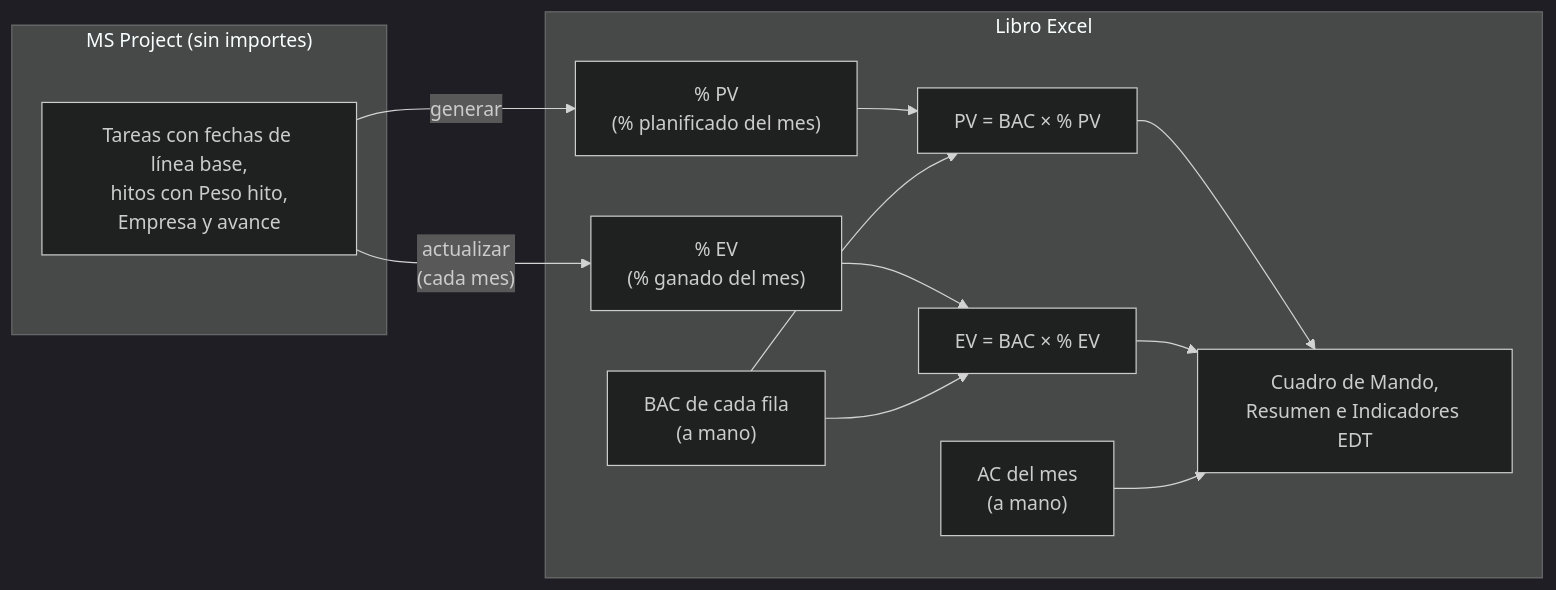
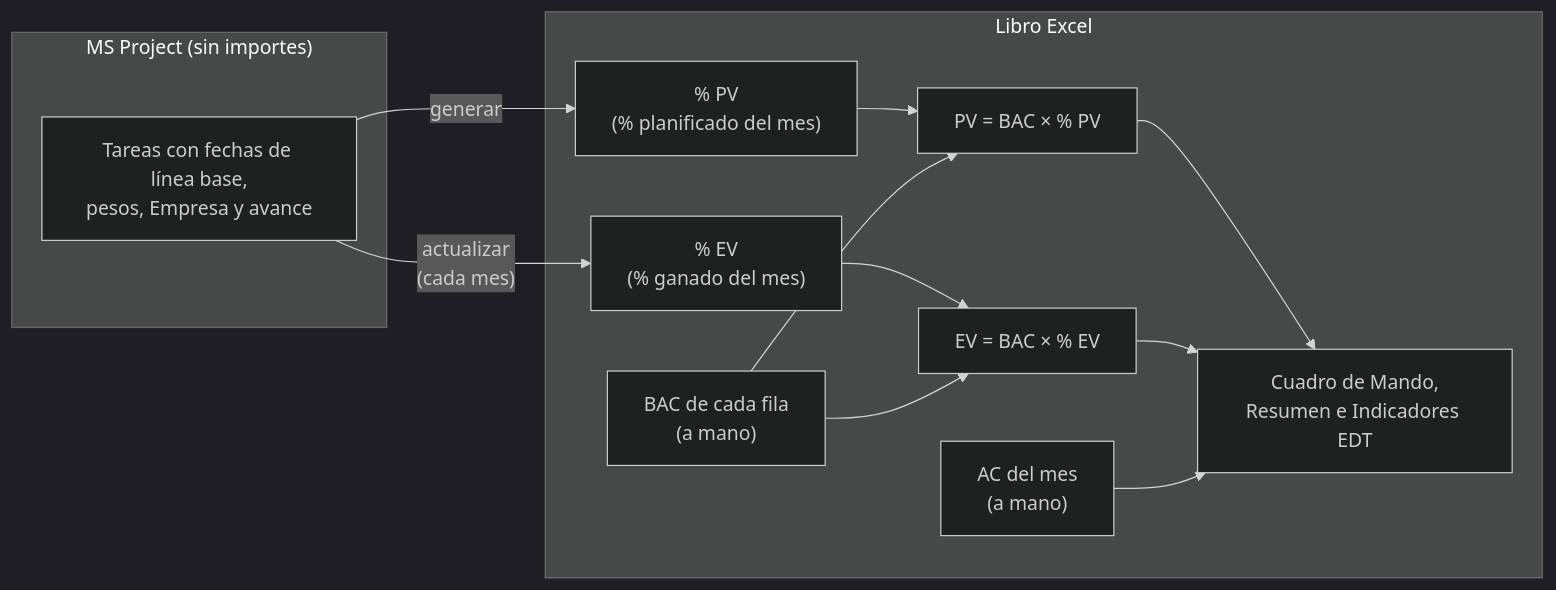
Before and after one commit to MarceloSalazar/evm-automation: the first of 4 diagrams in docs/calculo-pv-ev.md, drawn with Mermaid (dark theme). The commit also changed other lines of this file and 23 other files, not shown here.

````diff
--- a/docs/calculo-pv-ev.md
+++ b/docs/calculo-pv-ev.md
@@ -38,15 +38,15 @@
 ```mermaid
 flowchart LR
     subgraph MSP["MS Project (sin importes)"]
-        T["Tareas con fechas de línea base,<br/>hitos con Peso hito,<br/>Empresa y avance"]
+        T["Tareas con fechas de línea base,<br/>pesos, Empresa y avance"]
     end
     subgraph LIBRO["Libro Excel"]
         PPV["% PV<br/>(% planificado del mes)"] --> PV["PV = BAC × % PV"]
         PEV["% EV<br/>(% ganado del mes)"] --> EV["EV = BAC × % EV"]
         BAC["BAC de cada fila<br/>(a mano)"] --> PV & EV
         AC["AC del mes<br/>(a mano)"]
         PV & EV & AC --> CM["Cuadro de Mando,<br/>Resumen e Indicadores EDT"]
     end
     T -- "generar" --> PPV
     T -- "actualizar<br/>(cada mes)" --> PEV
 ```
````
